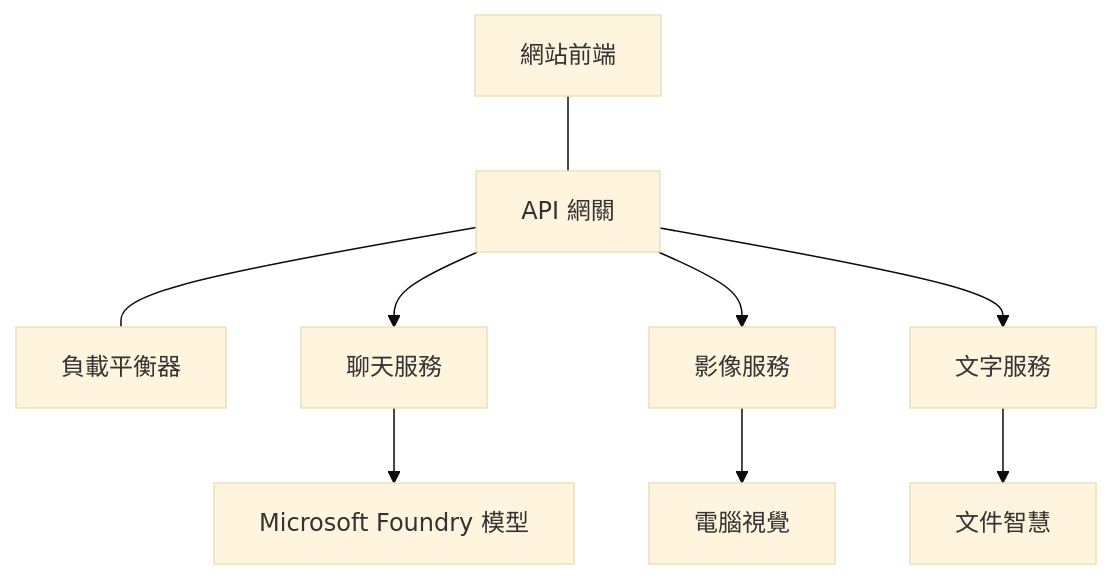
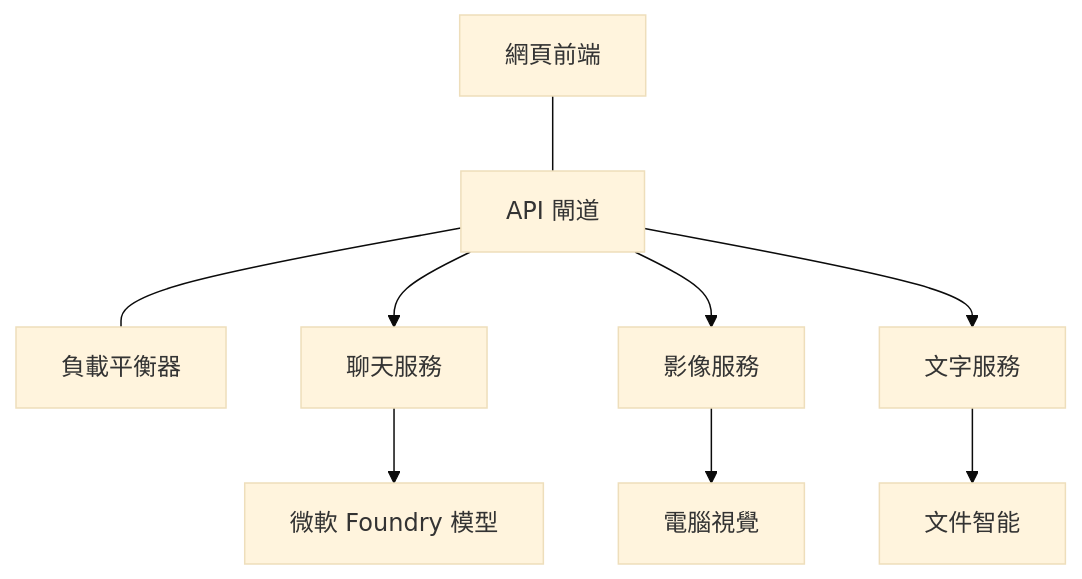
Before and after one commit to microsoft/AZD-for-beginners: the diagram in translations/zh-TW/docs/chapter-08-production/production-ai-practices.md, drawn with Mermaid (base theme). The commit also changed other lines of this file and 101 other files, not shown here.

````diff
--- a/translations/zh-TW/docs/chapter-08-production/production-ai-practices.md
+++ b/translations/zh-TW/docs/chapter-08-production/production-ai-practices.md
@@ -30,10 +30,10 @@
 ```mermaid
 graph TD
-    Frontend[網站前端] --- Gateway[API 網關] --- LB[負載平衡器]
+    Frontend[網頁前端] --- Gateway[API 閘道] --- LB[負載平衡器]
     Gateway --> Chat[聊天服務]
     Gateway --> Image[影像服務]
     Gateway --> Text[文字服務]
-    Chat --> OpenAI[Microsoft Foundry 模型]
+    Chat --> OpenAI[微軟 Foundry 模型]
     Image --> Vision[電腦視覺]
-    Text --> DocIntel[文件智慧]
+    Text --> DocIntel[文件智能]
 ```
````
